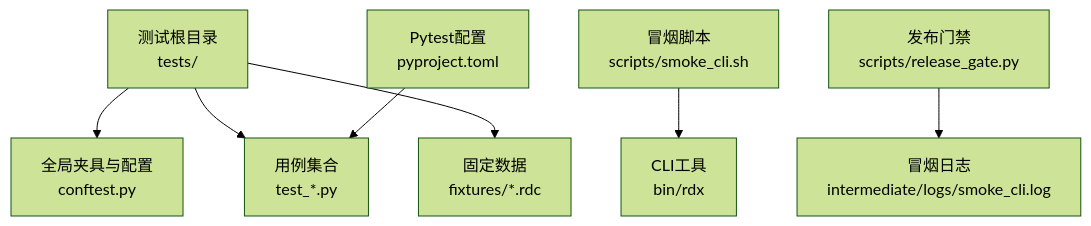
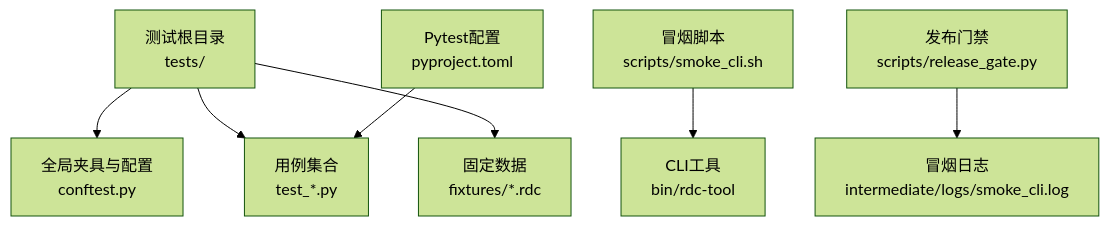
One commit to haolange/RDC-Tool changed the first of 8 diagrams in .qoder/repowiki/zh/content/开发指南/测试策略/测试策略.md. Above: the diagram before and after it, drawn with Mermaid (forest theme). The commit also changed other lines of this file and 388 other files, not shown here.

First line of the commit message:
Release RDC-Tool identity and public maintenance surface

````diff
--- a/.qoder/repowiki/zh/content/开发指南/测试策略/测试策略.md
+++ b/.qoder/repowiki/zh/content/开发指南/测试策略/测试策略.md
@@ -39,9 +39,9 @@
 ```mermaid
 graph TB
 A["测试根目录<br/>tests/"] --> B["全局夹具与配置<br/>conftest.py"]
 A --> C["用例集合<br/>test_*.py"]
 A --> D["固定数据<br/>fixtures/*.rdc"]
-E["冒烟脚本<br/>scripts/smoke_cli.sh"] --> F["CLI工具<br/>bin/rdx"]
+E["冒烟脚本<br/>scripts/smoke_cli.sh"] --> F["CLI工具<br/>bin/rdc-tool"]
 G["发布门禁<br/>scripts/release_gate.py"] --> H["冒烟日志<br/>intermediate/logs/smoke_cli.log"]
 I["Pytest配置<br/>pyproject.toml"] --> C
 ```
````
